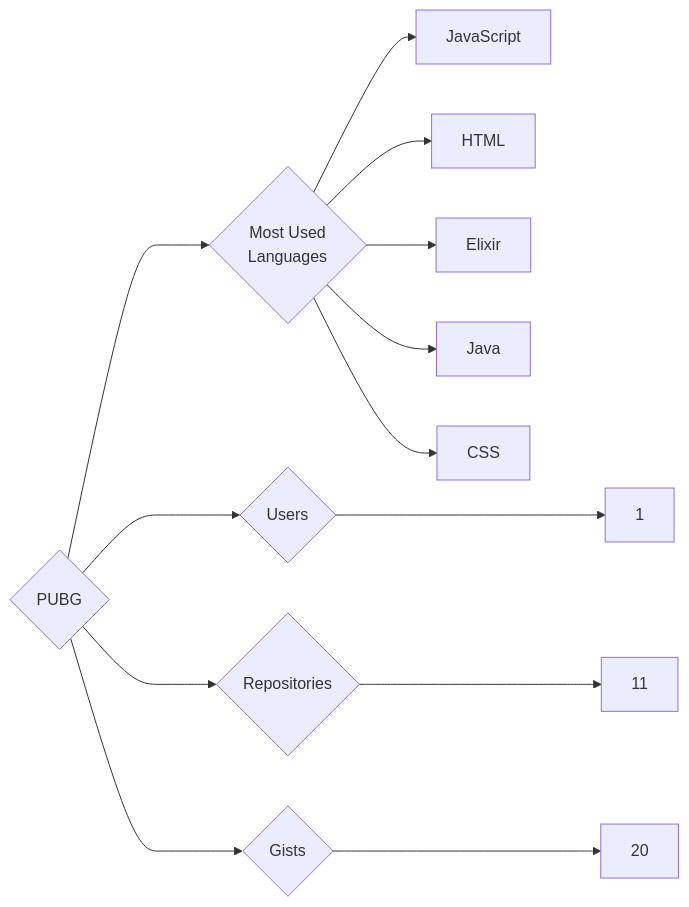
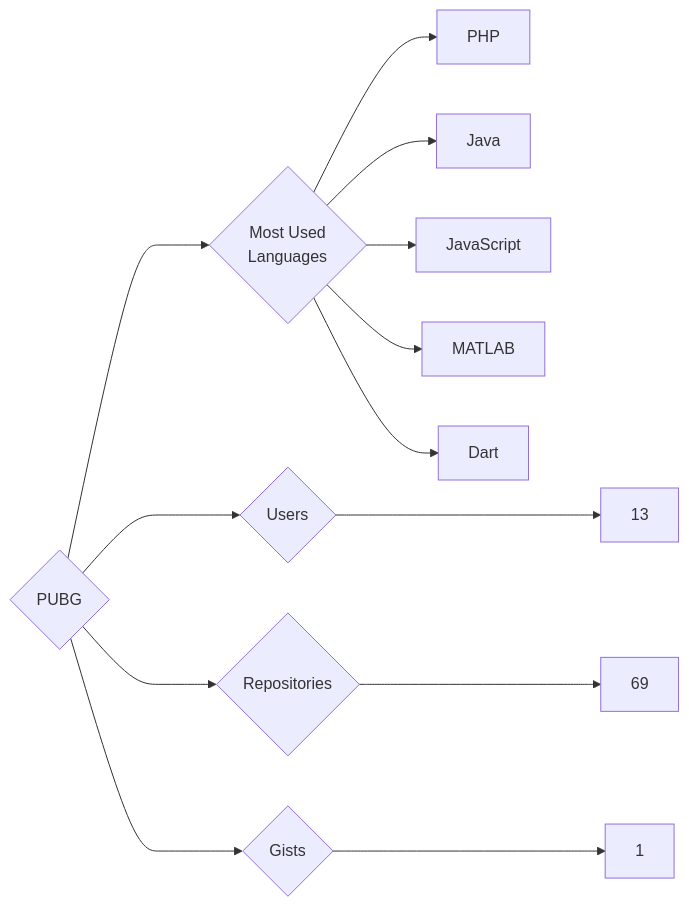
One commit to trickest/insiders changed the diagram in targets/PUBG/README.md. Above: the diagram before and after it, drawn with Mermaid. The commit also changed 928 other files, not shown here.

````diff
--- a/targets/PUBG/README.md
+++ b/targets/PUBG/README.md
@@ -3,13 +3,13 @@
 ```mermaid
 graph LR
 COMPANY_NAME{PUBG}
-COMPANY_NAME ---> U{Users} ---> UN[1]
-COMPANY_NAME ---> R{Repositories} ---> RN[11]
-COMPANY_NAME ---> G{Gists} ---> GN[20]
+COMPANY_NAME ---> U{Users} ---> UN[13]
+COMPANY_NAME ---> R{Repositories} ---> RN[69]
+COMPANY_NAME ---> G{Gists} ---> GN[1]
 COMPANY_NAME ---> ML{Most Used<br>Languages}
+ML --> PHP[PHP]
+ML --> Java[Java]
 ML --> JavaScript[JavaScript]
-ML --> HTML[HTML]
-ML --> Elixir[Elixir]
-ML --> Java[Java]
-ML --> CSS[CSS]
+ML --> MATLAB[MATLAB]
+ML --> Dart[Dart]
 ```
````
